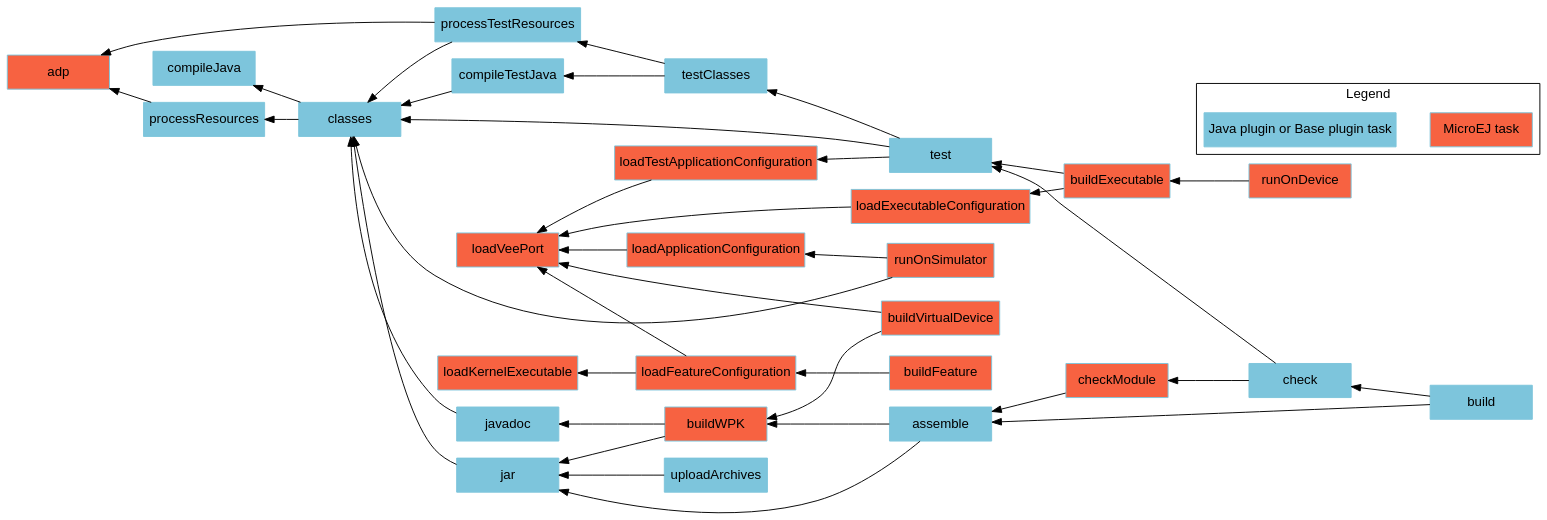
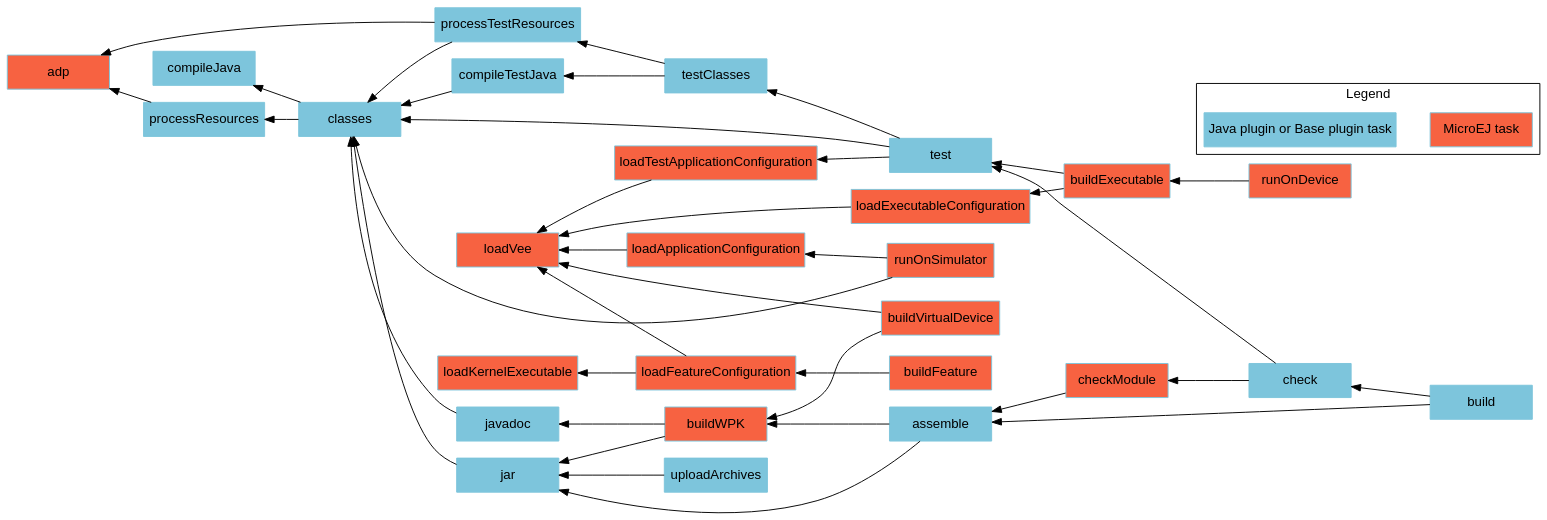
The diagram in SDK6UserGuide/graphApplicationModule.dot (MicroEJ/docs), drawn with Graphviz before and after one commit. The commit also changed 11 other files, not shown here.

Commit message:
unify microejVeePort and microejKernel into microejVee

```diff
--- a/SDK6UserGuide/graphApplicationModule.dot
+++ b/SDK6UserGuide/graphApplicationModule.dot
@@ -1,71 +1,71 @@
 digraph mygraph {
     rankdir="RL";
     bgcolor="transparent"
     fontname="Helvetica,Arial,sans-serif"
     node [
         shape = box
         width = 1.5
         color = "#7dc5dc"
         style = filled
         fontname="Helvetica,Arial,sans-serif"
     ]
     edge [fontname="Helvetica,Arial,sans-serif"]
     "adp" [fillcolor = "#f76241"]
     "checkModule" [fillcolor = "#f76241"]
     "loadKernelExecutable" [fillcolor = "#f76241"]
-    "loadVeePort" [fillcolor = "#f76241"]
+    "loadVee" [fillcolor = "#f76241"]
     "loadApplicationConfiguration" [fillcolor = "#f76241"]
     "loadExecutableConfiguration" [fillcolor = "#f76241"] 
     "loadFeatureConfiguration" [fillcolor = "#f76241"]
     "loadTestApplicationConfiguration" [fillcolor = "#f76241"]
     "runOnSimulator" [fillcolor = "#f76241"]
     "buildWPK" [fillcolor = "#f76241"]
     "buildExecutable" [fillcolor = "#f76241"]
     "buildVirtualDevice" [fillcolor = "#f76241"]
     "buildFeature" [fillcolor = "#f76241"]
     "runOnDevice" [fillcolor = "#f76241"]
     "build" -> "check"
     "check" -> "test"
     "test" -> "classes"
     "test" -> "testClasses"
     "test" -> "loadTestApplicationConfiguration"
     "testClasses" -> "compileTestJava"
     "testClasses" -> "processTestResources"
-    "loadTestApplicationConfiguration" -> "loadVeePort"
+    "loadTestApplicationConfiguration" -> "loadVee"
     "processResources" -> "adp"
     "processTestResources" -> "adp"
     "processTestResources" -> "classes"
     "compileTestJava" -> "classes"
     "javadoc" -> "classes"
     "classes" -> "compileJava"
     "classes" -> "processResources"
     "build" -> "assemble"
     "assemble" -> "jar"
     "assemble" -> "buildWPK"
     "uploadArchives" -> "jar"
     "jar" -> "classes"
     "runOnSimulator" -> "classes"
     "runOnSimulator" -> "loadApplicationConfiguration"
-    "loadApplicationConfiguration" -> "loadVeePort"
+    "loadApplicationConfiguration" -> "loadVee"
     "checkModule" -> "assemble"
     "check" -> "checkModule"
     "buildWPK" -> "jar"
     "buildWPK" -> "javadoc"
     "buildExecutable" -> "test"
     "buildExecutable" -> "loadExecutableConfiguration"
-    "loadExecutableConfiguration" -> "loadVeePort"
-    "buildVirtualDevice" -> "loadVeePort"
+    "loadExecutableConfiguration" -> "loadVee"
+    "buildVirtualDevice" -> "loadVee"
     "buildVirtualDevice" -> "buildWPK"
     "buildFeature" -> "loadFeatureConfiguration"
     "loadFeatureConfiguration" -> "loadKernelExecutable"
-    "loadFeatureConfiguration" -> "loadVeePort"
+    "loadFeatureConfiguration" -> "loadVee"
     "runOnDevice" -> "buildExecutable"
 
     subgraph cluster_legend {
         label="Legend";
         microej [fillcolor="#f76241" label="MicroEJ task"];
         java [fillcolor="#7dc5dc" label="Java plugin or Base plugin task"];
         microej -> java [style=invis];
         java -> microej [style=invis];
     }
 }
```
